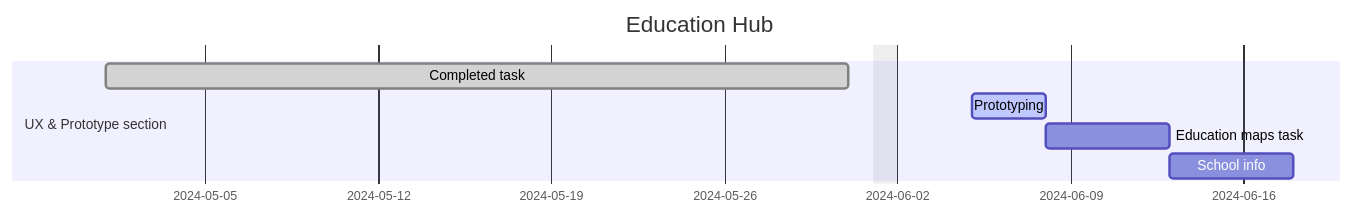
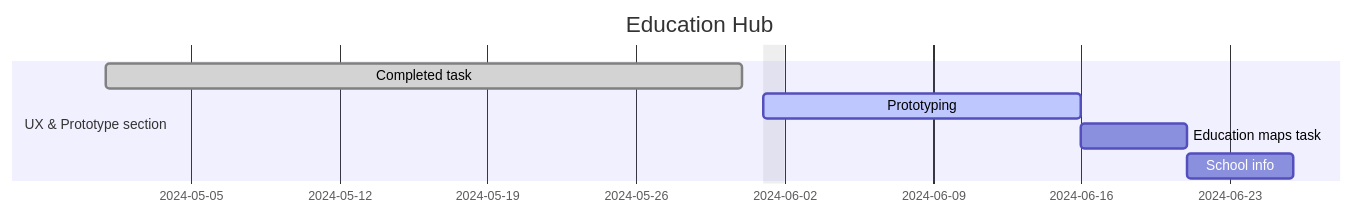
The first of 2 diagrams in README.md (kuth-chi/the-education-hub), drawn with Mermaid before and after one commit. The commit also changed other lines of this file, not shown here.

`````diff
--- a/README.md
+++ b/README.md
@@ -6,12 +6,12 @@
 ```mermaid
 gantt
 dateFormat  YYYY-MM-DD
 title Education Hub
 excludes weekdays 2024-06-01
 
 section UX & Prototype section
 Completed task            :done,    plan, 2024-05-01,2024-05-31
-Prototyping               :active,  prototype, 2024-06-05, 3d
+Prototyping               :active,  prototype, 2024-06-01, 15d
 Education maps task               :         education, after prototype, 5d
 School info              :         school_info, after education, 5d
 ````
`````
